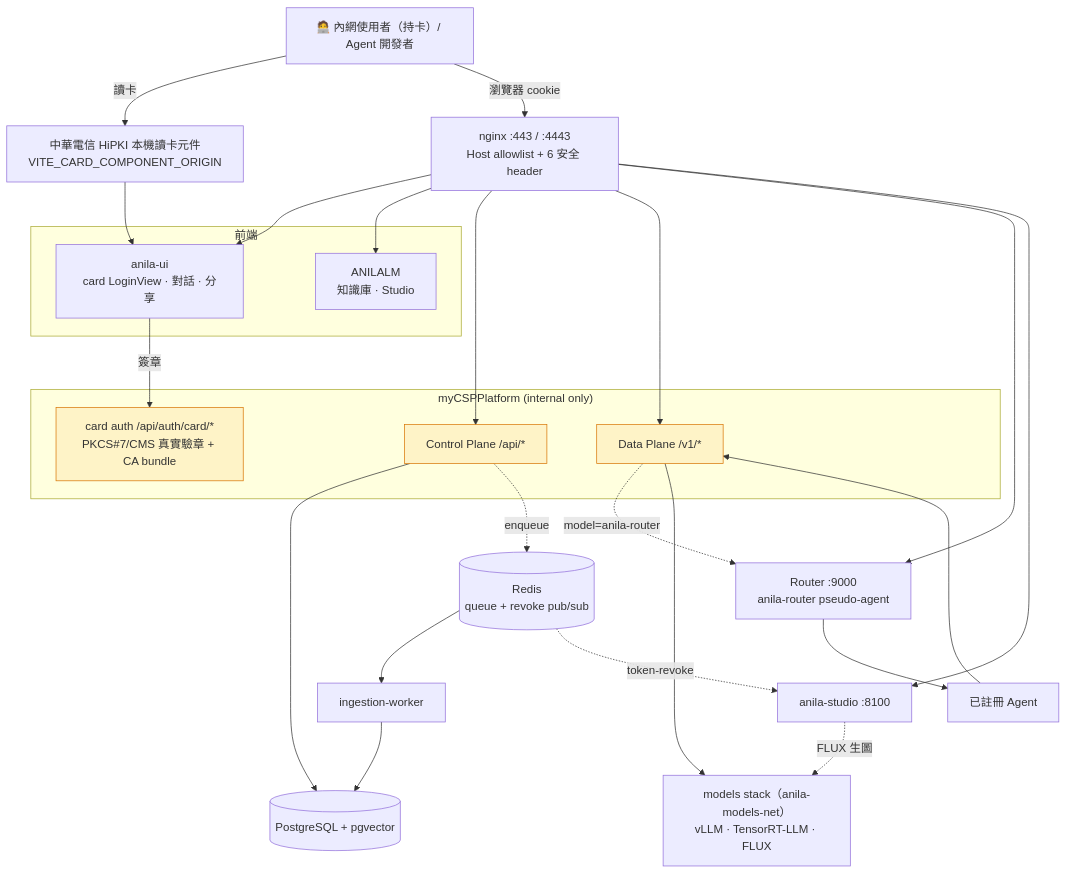
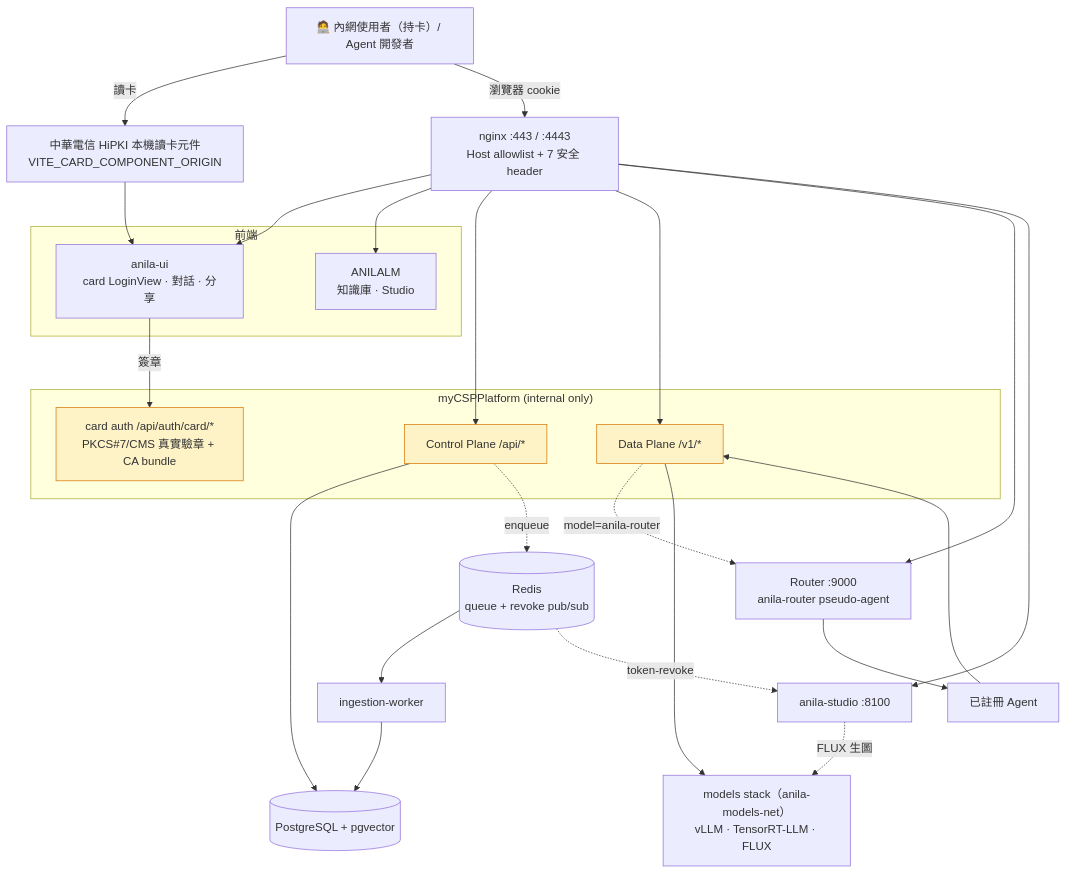
One commit to zzw09773/ANILA changed the diagram in README.md. Above: the diagram before and after it, drawn with Mermaid. The commit also changed other lines of this file and 28 other files, not shown here.

````diff
--- a/README.md
+++ b/README.md
@@ -58,38 +58,38 @@
 ```mermaid
 flowchart TB
     users["🧑‍💻 內網使用者（持卡）/ Agent 開發者"]
     card["中華電信 HiPKI 本機讀卡元件<br/>VITE_CARD_COMPONENT_ORIGIN"]
-    nginx["nginx :443 / :4443<br/>Host allowlist + 6 安全 header"]
+    nginx["nginx :443 / :4443<br/>Host allowlist + 7 安全 header"]
 
     subgraph spas["前端"]
         anila_ui["anila-ui<br/>card LoginView · 對話 · 分享"]
         anilalm["ANILALM<br/>知識庫 · Studio"]
     end
 
     subgraph csp["myCSPPlatform (internal only)"]
         csp_auth["card auth /api/auth/card/*<br/>PKCS#7/CMS 真實驗章 + CA bundle"]
         csp_ctrl["Control Plane /api/*"]
         csp_data["Data Plane /v1/*"]
     end
 
     studio["anila-studio :8100"]
     router_core["Router :9000<br/>anila-router pseudo-agent"]
     agents["已註冊 Agent"]
     redis[("Redis<br/>queue + revoke pub/sub")]
     worker["ingestion-worker"]
     llm["models stack（anila-models-net）<br/>vLLM · TensorRT-LLM · FLUX"]
     db[("PostgreSQL + pgvector")]
 
     users -->|讀卡| card --> anila_ui
     users -->|瀏覽器 cookie| nginx --> anila_ui & anilalm & csp_ctrl & csp_data & router_core & studio
     anila_ui -->|簽章| csp_auth
     csp_data -.->|model=anila-router| router_core --> agents --> csp_data
     csp_ctrl --> db
     csp_data --> llm
     csp_ctrl -.->|enqueue| redis --> worker --> db
     studio -.->|FLUX 生圖| llm
     redis -.->|token-revoke| studio
 
     classDef plane fill:#fef3c7,stroke:#d97706
     class csp_ctrl,csp_data,csp_auth plane
 ```
````
